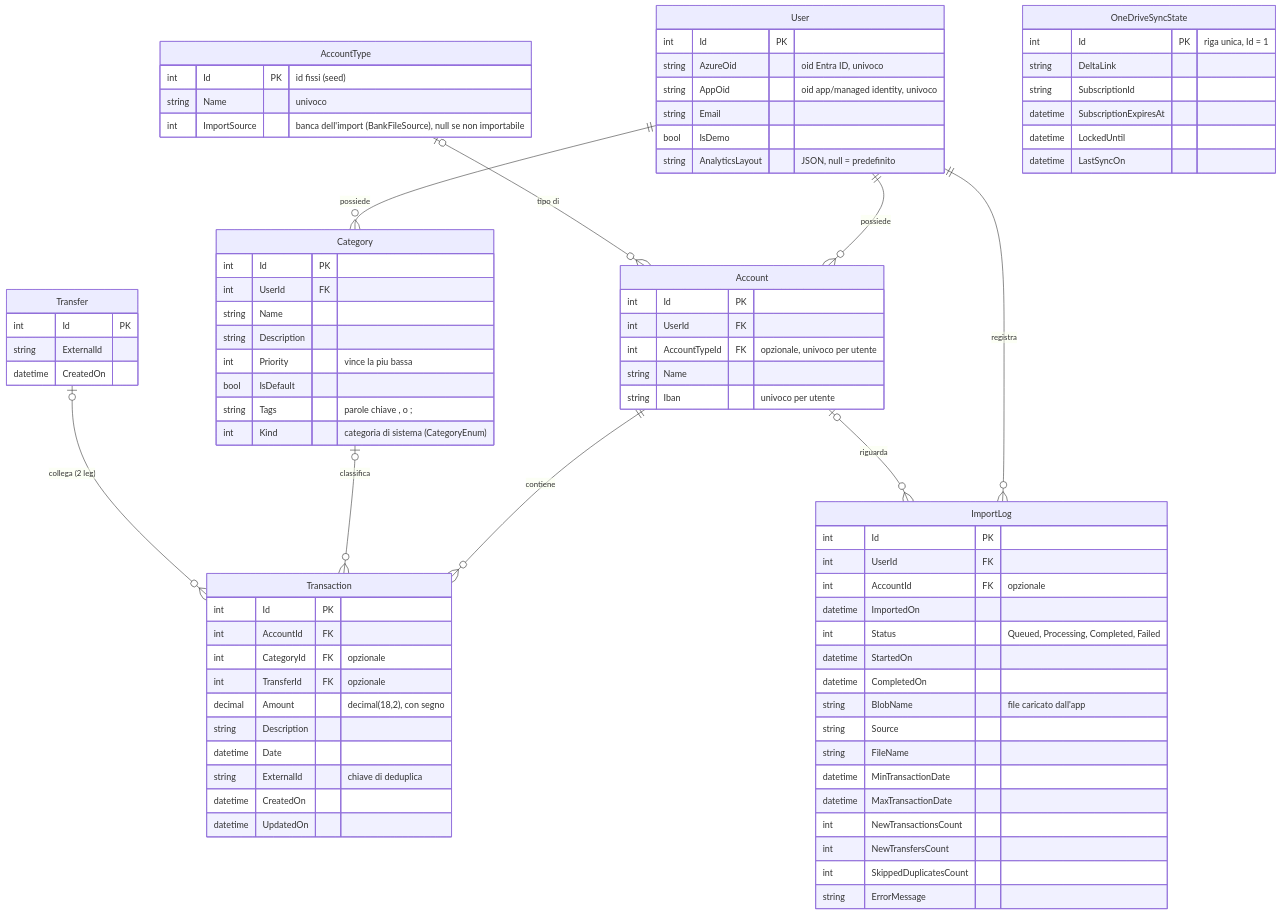
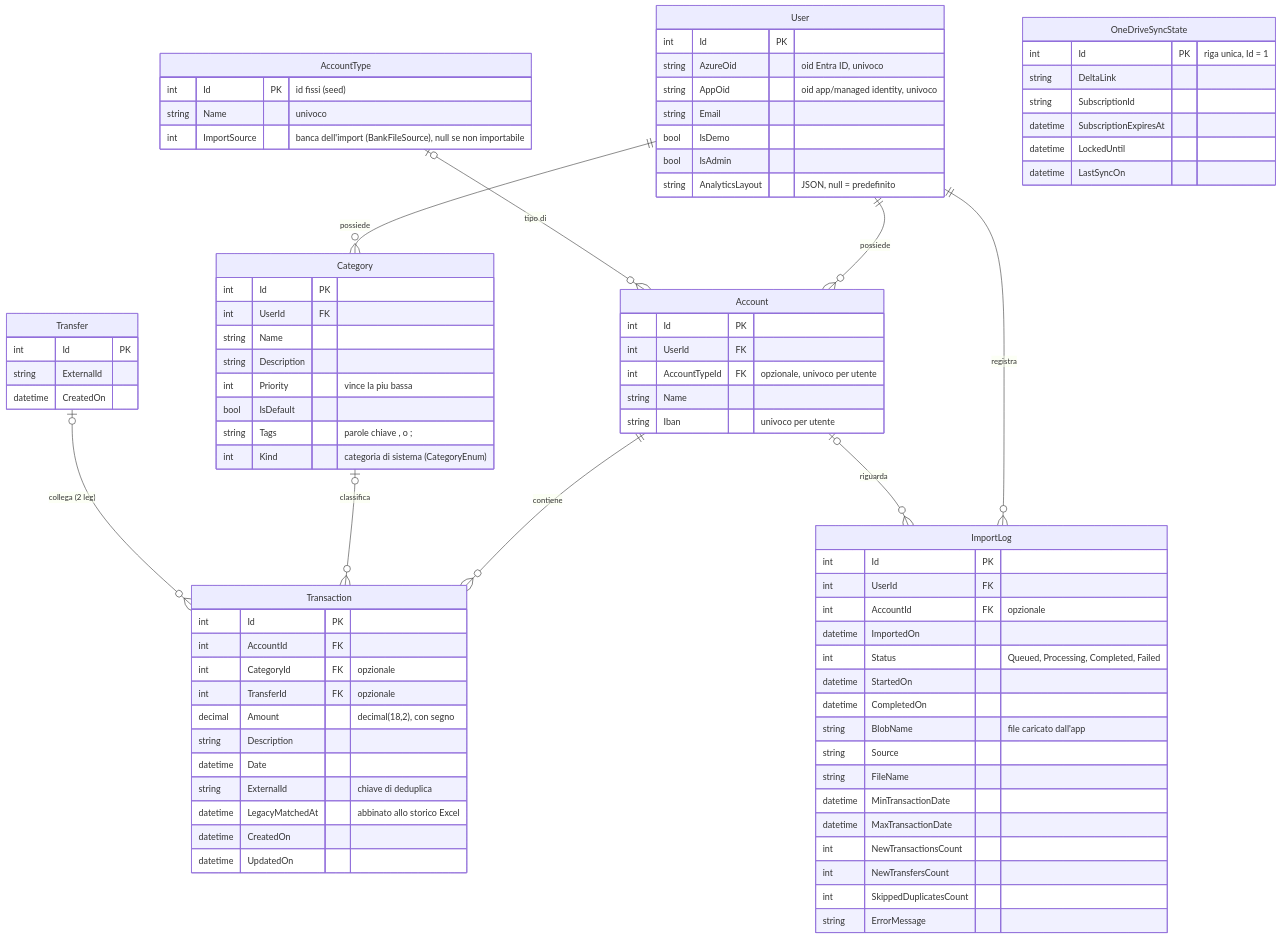
One commit to roberto-desalvo/ExpenseTracker.App changed the diagram in docs/04-dati.md. Above: the diagram before and after it, drawn with Mermaid. The commit also changed other lines of this file and 56 other files, not shown here.

```diff
--- a/docs/04-dati.md
+++ b/docs/04-dati.md
@@ -21,6 +21,7 @@
         string AppOid "oid app/managed identity, univoco"
         string Email
         bool IsDemo
+        bool IsAdmin
         string AnalyticsLayout "JSON, null = predefinito"
     }
     Account {
@@ -54,6 +55,7 @@
         string Description
         datetime Date
         string ExternalId "chiave di deduplica"
+        datetime LegacyMatchedAt "abbinato allo storico Excel"
         datetime CreatedOn
         datetime UpdatedOn
     }
```
